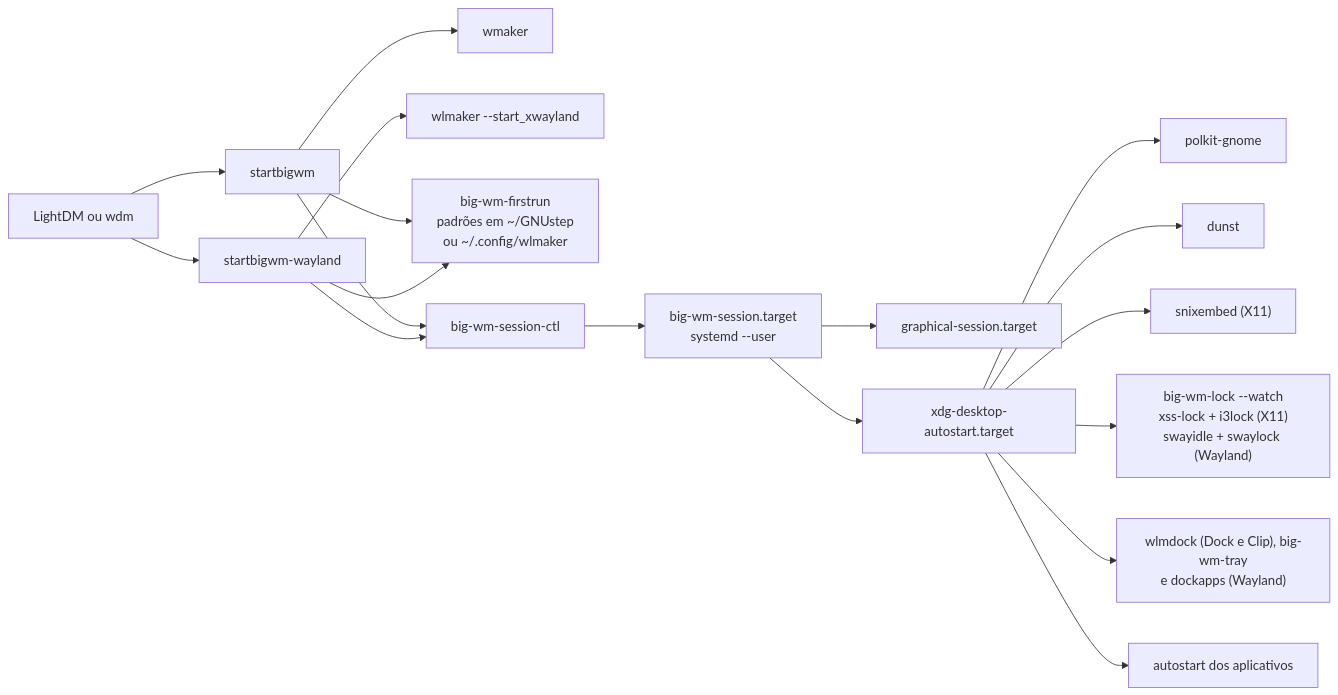
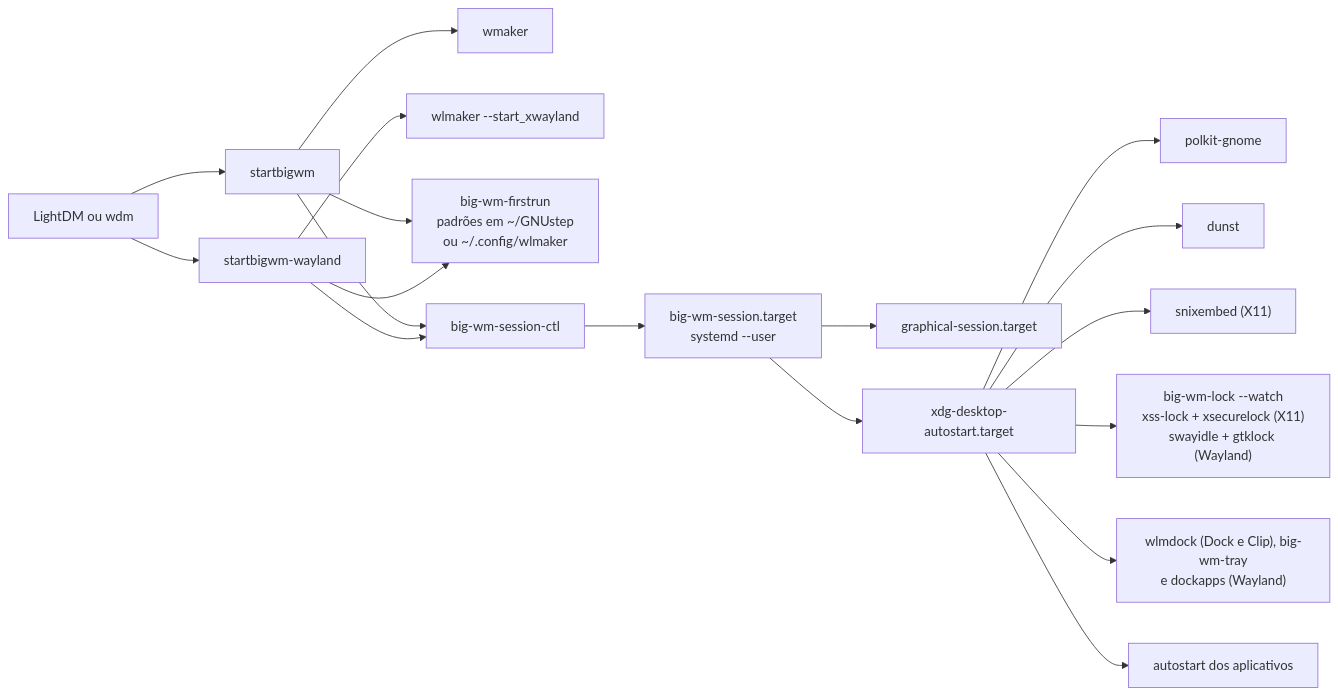
One commit to big-windowmaker/big-wm changed the diagram in README.md. Above: the diagram before and after it, drawn with Mermaid. The commit also changed other lines of this file and 3 other files, not shown here.

````diff
--- a/README.md
+++ b/README.md
@@ -361,16 +363,16 @@
 ```mermaid
 flowchart LR
   DM[LightDM ou wdm] --> X[startbigwm] --> WM[wmaker]
   DM --> W[startbigwm-wayland] --> WL["wlmaker --start_xwayland"]
   X & W --> FR[big-wm-firstrun<br/>padrões em ~/GNUstep<br/>ou ~/.config/wlmaker]
   X & W --> SC[big-wm-session-ctl]
   SC --> T[big-wm-session.target<br/>systemd --user]
   T --> GS[graphical-session.target]
   T --> AS[xdg-desktop-autostart.target]
   AS --> P[polkit-gnome]
   AS --> N[dunst]
   AS --> TR["snixembed (X11)"]
-  AS --> L["big-wm-lock --watch<br/>xss-lock + i3lock (X11)<br/>swayidle + swaylock (Wayland)"]
+  AS --> L["big-wm-lock --watch<br/>xss-lock + xsecurelock (X11)<br/>swayidle + gtklock (Wayland)"]
   AS --> WD["wlmdock (Dock e Clip), big-wm-tray<br/>e dockapps (Wayland)"]
   AS --> APPS[autostart dos aplicativos]
 ```
````
